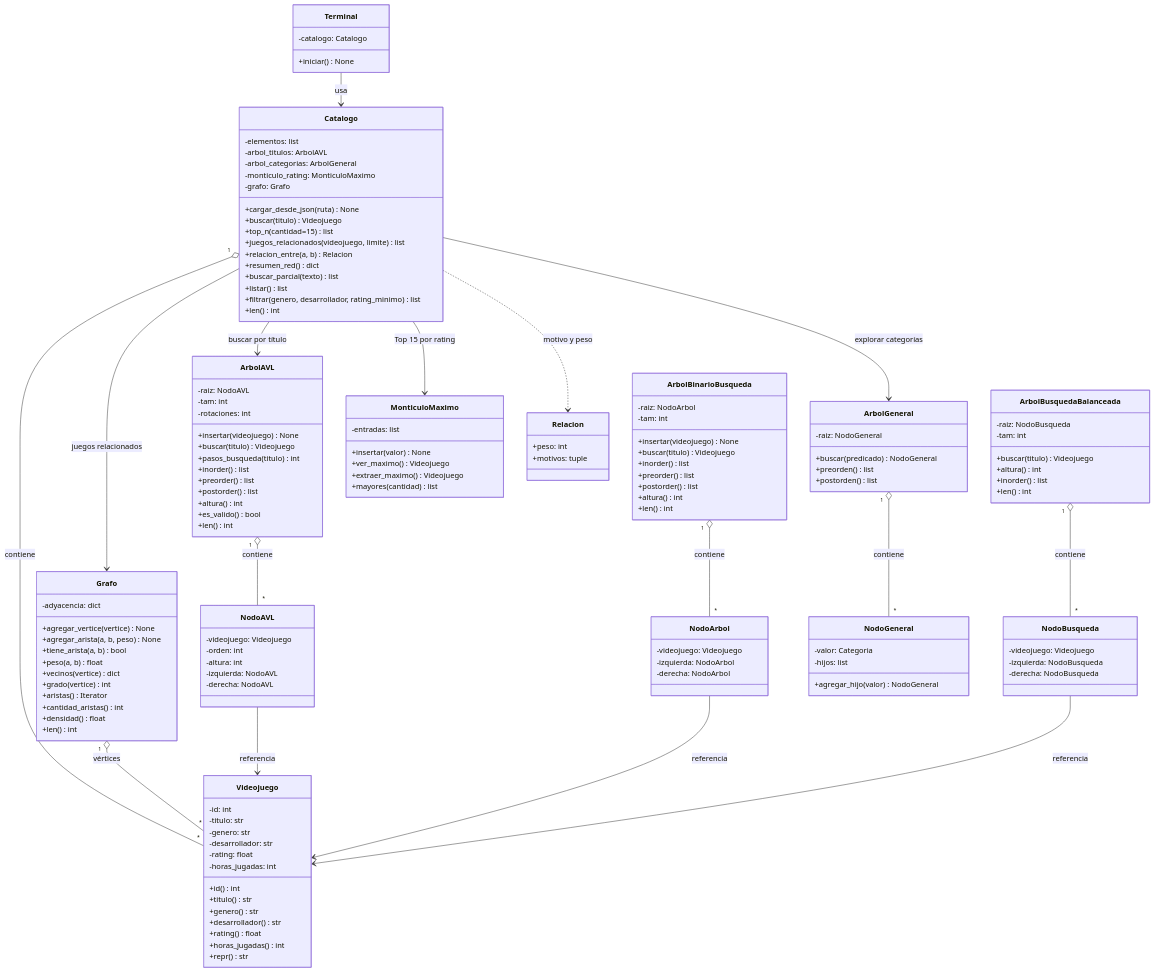
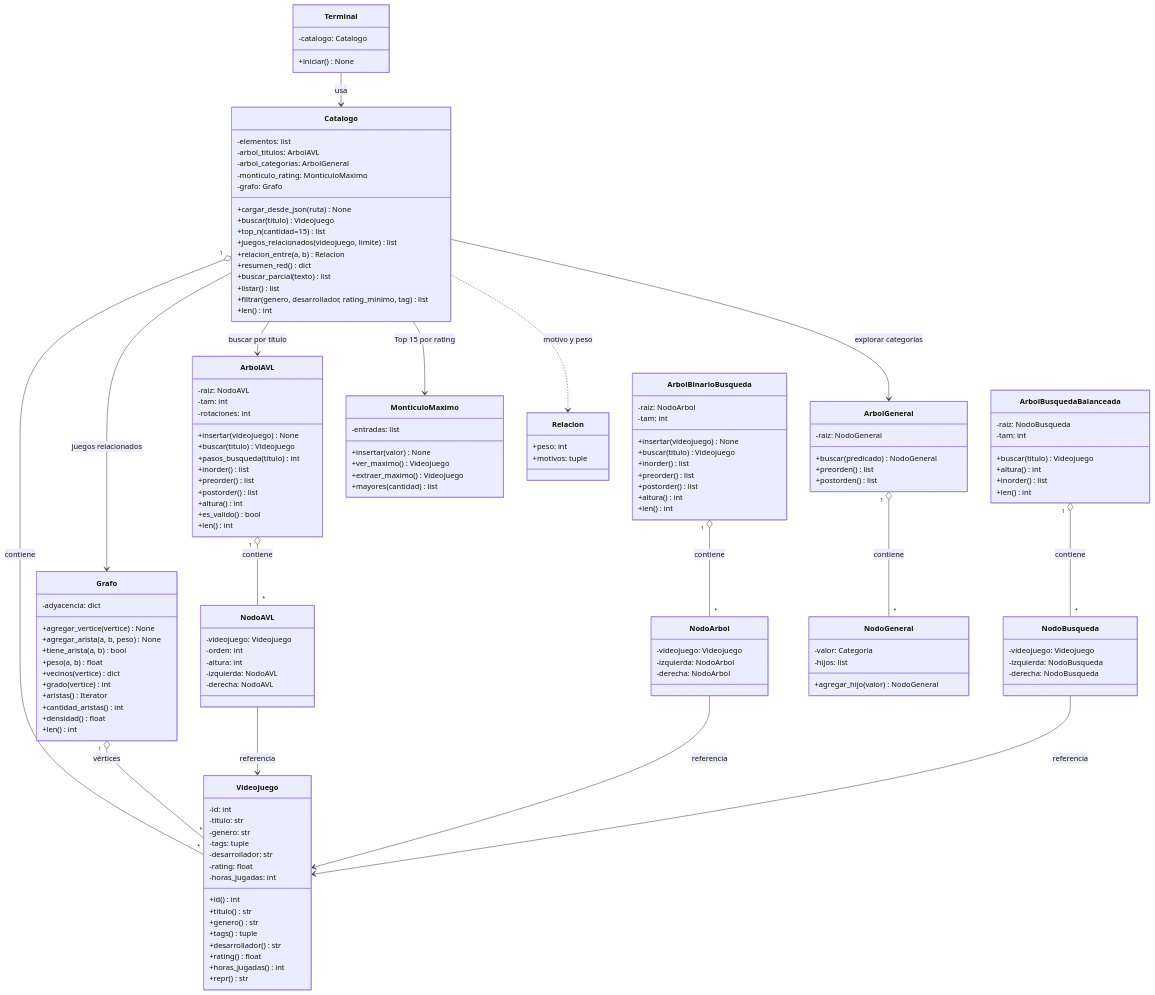
Before and after one commit to Dasein369/tpi_edd2026_recomendador: the diagram in docs/03_diagrama_clases.md, drawn with Mermaid. The commit also changed other lines of this file, not shown here.

```diff
--- a/docs/03_diagrama_clases.md
+++ b/docs/03_diagrama_clases.md
@@ -10,12 +10,14 @@
         -id: int
         -titulo: str
         -genero: str
+        -tags: tuple
         -desarrollador: str
         -rating: float
         -horas_jugadas: int
         +id() int
         +titulo() str
         +genero() str
+        +tags() tuple
         +desarrollador() str
         +rating() float
         +horas_jugadas() int
@@ -36,7 +38,7 @@
         +resumen_red() dict
         +buscar_parcial(texto) list
         +listar() list
-        +filtrar(genero, desarrollador, rating_minimo) list
+        +filtrar(genero, desarrollador, rating_minimo, tag) list
         +len() int
     }
 
```
